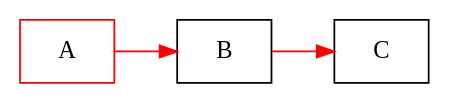
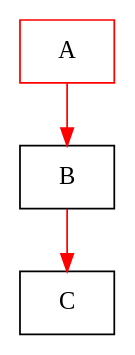
Before and after one commit to aardvark179/aardvark179.github.io: the first of 6 diagrams in drafts/capi.org, drawn with Graphviz. The commit also changed other lines of this file, not shown here.

Commit message:
Improve diagrams of objects and garbage collection.

```diff
--- a/drafts/capi.org
+++ b/drafts/capi.org
@@ -65,12 +65,11 @@
 #+BEGIN_SRC dot :file diagram.svg :exports results
 digraph D {
- rankdir="LR";
 
  A [shape = box color = red]
  B [shape = box]
  C [shape = box]
 
  A -> B [color=red]
  B -> C [color=red]
 }
 #+END_SRC
```
